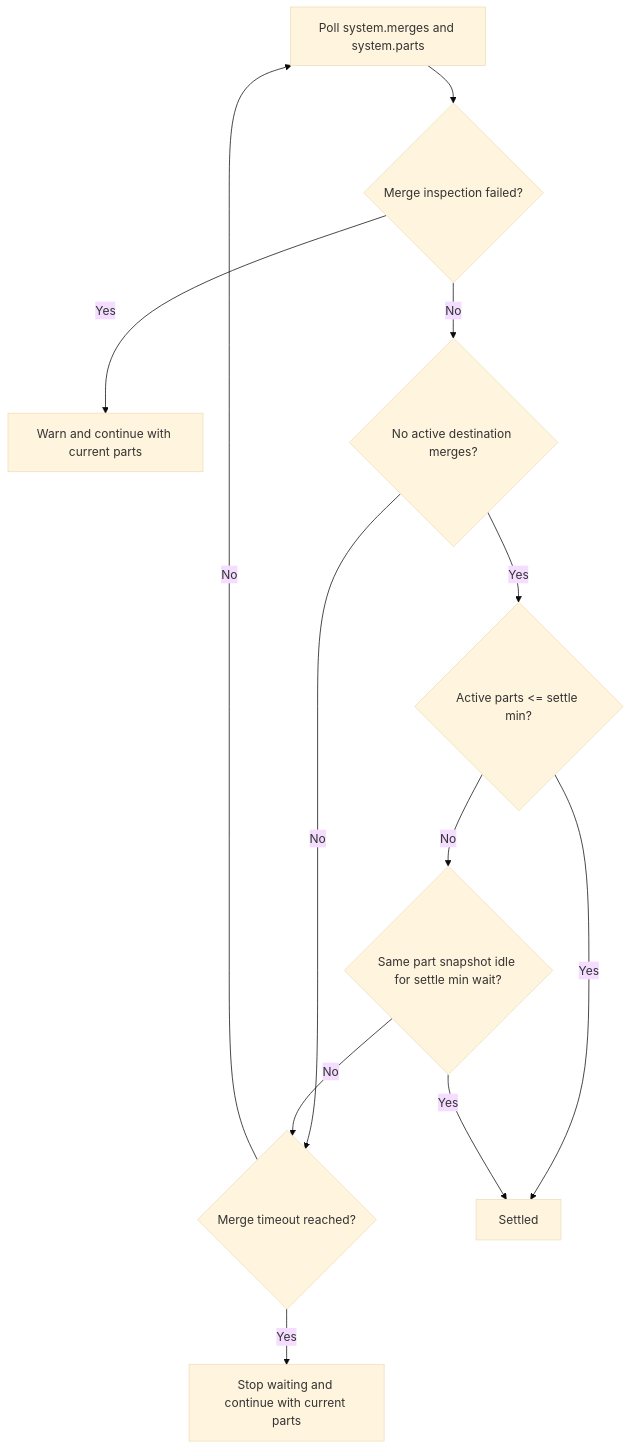
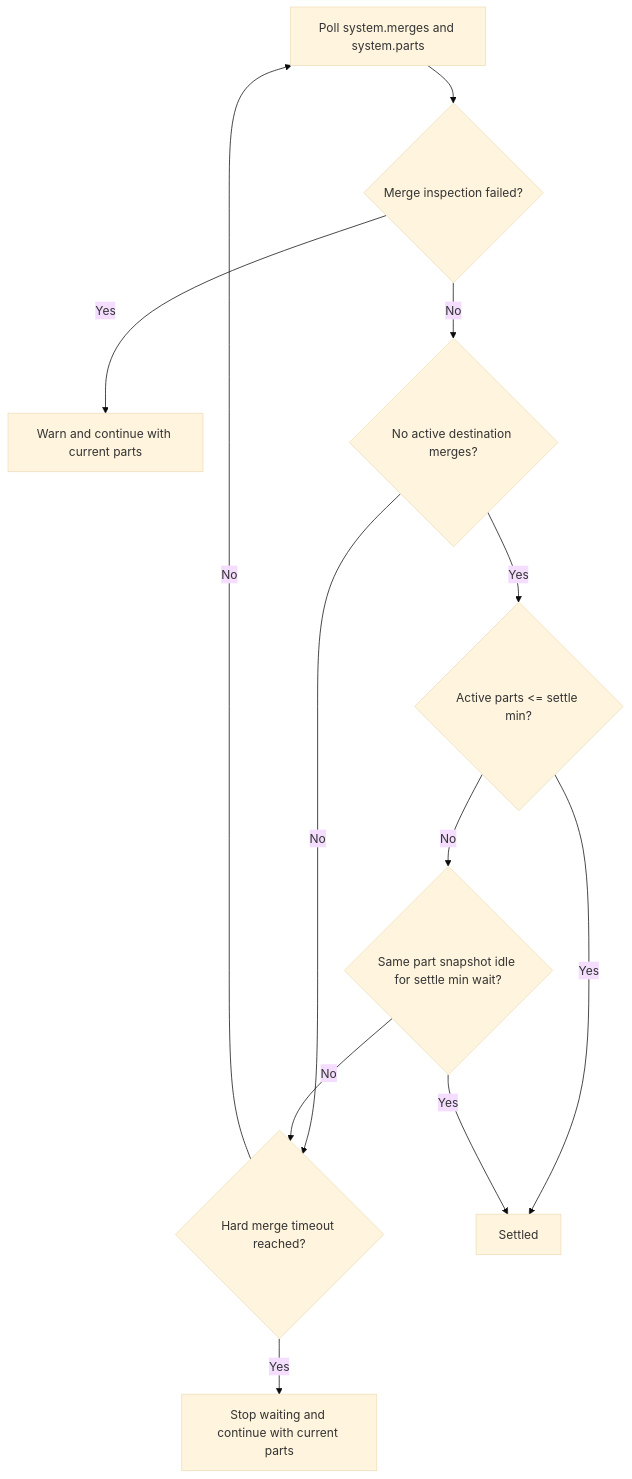
The third of 3 diagrams in docs/rewrite-flow.md (rorylshanks/partforge), drawn with Mermaid (base theme) before and after one commit. The commit also changed other lines of this file and 12 other files, not shown here.

````diff
--- a/docs/rewrite-flow.md
+++ b/docs/rewrite-flow.md
@@ -72,14 +83,14 @@
 ```mermaid
 graph TD
     A[Poll system.merges and system.parts] --> B{Merge inspection failed?}
     B -- Yes --> C[Warn and continue with current parts]
     B -- No --> D{No active destination merges?}
-    D -- No --> E{Merge timeout reached?}
+    D -- No --> E{Hard merge timeout reached?}
     E -- No --> A
     E -- Yes --> F[Stop waiting and continue with current parts]
     D -- Yes --> G{Active parts <= settle min?}
     G -- Yes --> H[Settled]
     G -- No --> I{Same part snapshot idle for settle min wait?}
     I -- No --> E
     I -- Yes --> H
 ```
````
